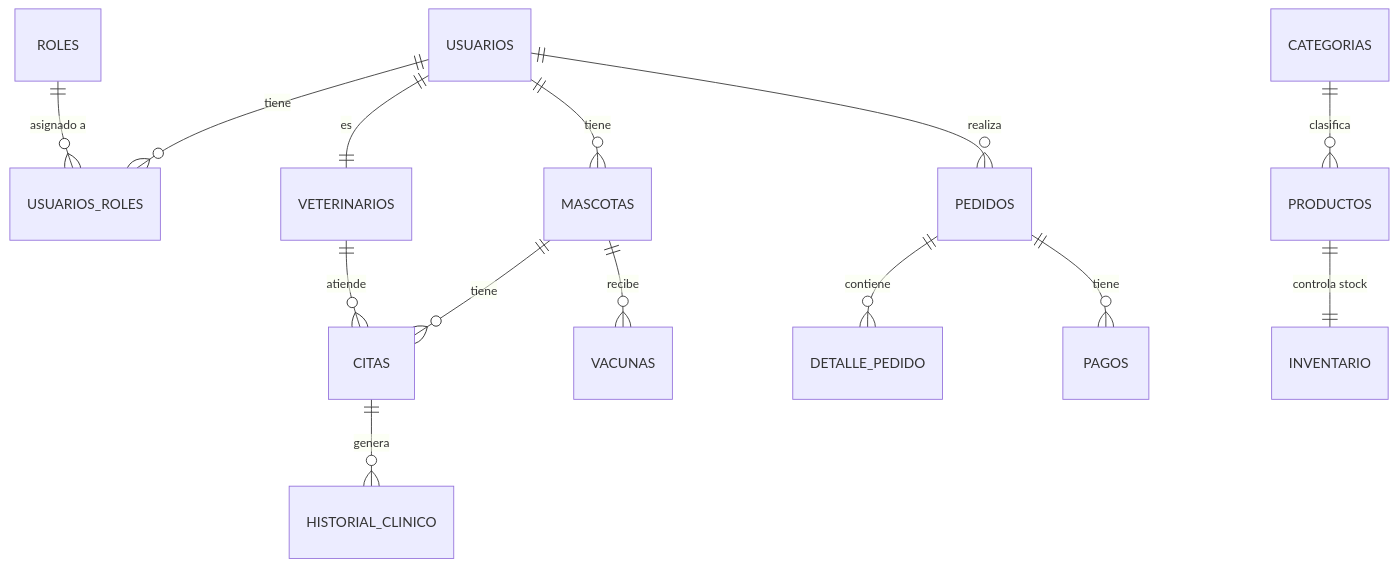
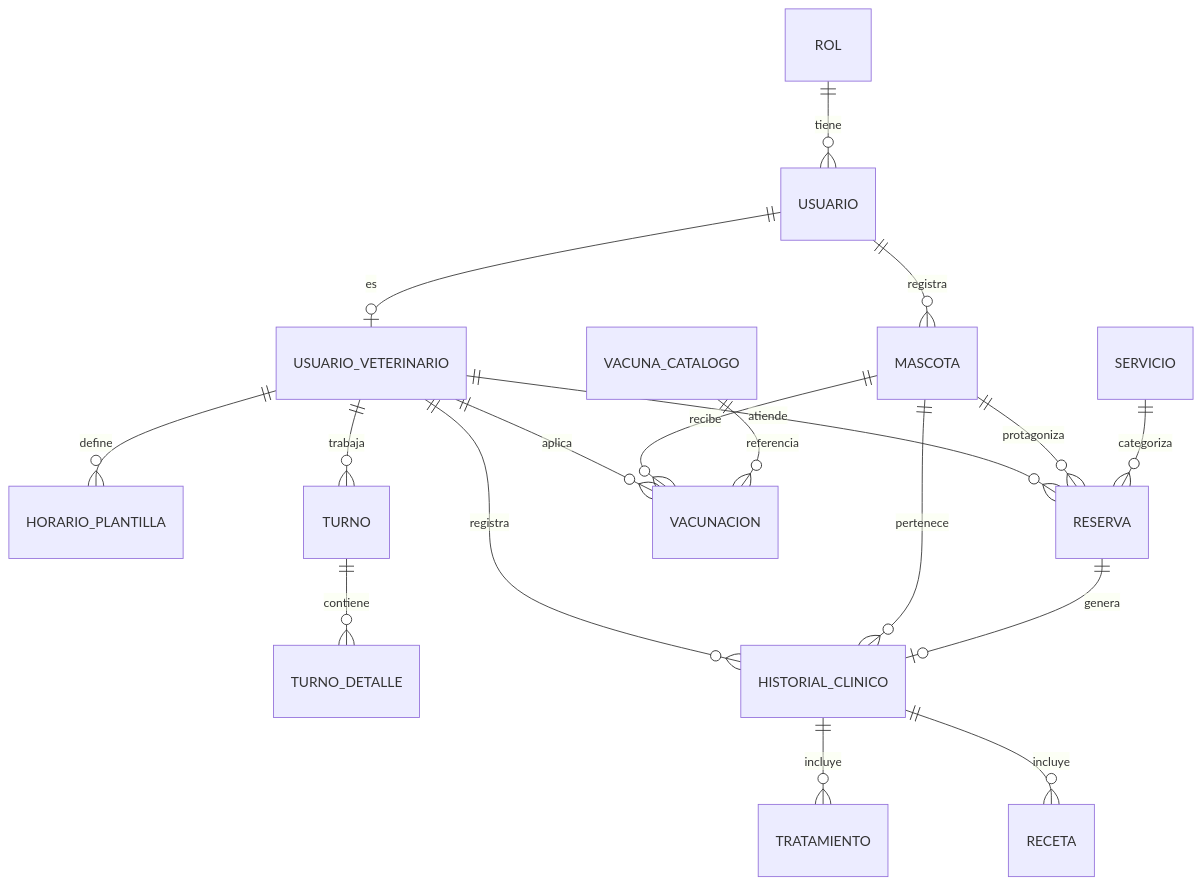
The diagram in README.md (DiegoPenaG/Proyecto-Integrador-Pet-vission), drawn with Mermaid before and after one commit. The commit also changed other lines of this file, not shown here.

First line of the commit message:
Update README with current stack, deploy info and full ER diagram

````diff
--- a/README.md
+++ b/README.md
@@ -59,16 +84,20 @@
 ```mermaid
 erDiagram
-    USUARIOS ||--o{ USUARIOS_ROLES : "tiene"
-    ROLES ||--o{ USUARIOS_ROLES : "asignado a"
-    USUARIOS ||--|| VETERINARIOS : "es"
-    USUARIOS ||--o{ MASCOTAS : "tiene"
-    MASCOTAS ||--o{ CITAS : "tiene"
-    VETERINARIOS ||--o{ CITAS : "atiende"
-    CITAS ||--o{ HISTORIAL_CLINICO : "genera"
-    MASCOTAS ||--o{ VACUNAS : "recibe"
-    CATEGORIAS ||--o{ PRODUCTOS : "clasifica"
-    PRODUCTOS ||--|| INVENTARIO : "controla stock"
-    USUARIOS ||--o{ PEDIDOS : "realiza"
-    PEDIDOS ||--o{ DETALLE_PEDIDO : "contiene"
-    PEDIDOS ||--o{ PAGOS : "tiene"
+    ROL ||--o{ USUARIO : "tiene"
+    USUARIO ||--o| USUARIO_VETERINARIO : "es"
+    USUARIO ||--o{ MASCOTA : "registra"
+    USUARIO_VETERINARIO ||--o{ HORARIO_PLANTILLA : "define"
+    USUARIO_VETERINARIO ||--o{ TURNO : "trabaja"
+    TURNO ||--o{ TURNO_DETALLE : "contiene"
+    SERVICIO ||--o{ RESERVA : "categoriza"
+    MASCOTA ||--o{ RESERVA : "protagoniza"
+    USUARIO_VETERINARIO ||--o{ RESERVA : "atiende"
+    RESERVA ||--o| HISTORIAL_CLINICO : "genera"
+    MASCOTA ||--o{ HISTORIAL_CLINICO : "pertenece"
+    USUARIO_VETERINARIO ||--o{ HISTORIAL_CLINICO : "registra"
+    HISTORIAL_CLINICO ||--o{ TRATAMIENTO : "incluye"
+    HISTORIAL_CLINICO ||--o{ RECETA : "incluye"
+    VACUNA_CATALOGO ||--o{ VACUNACION : "referencia"
+    MASCOTA ||--o{ VACUNACION : "recibe"
+    USUARIO_VETERINARIO ||--o{ VACUNACION : "aplica"
 ```
````
